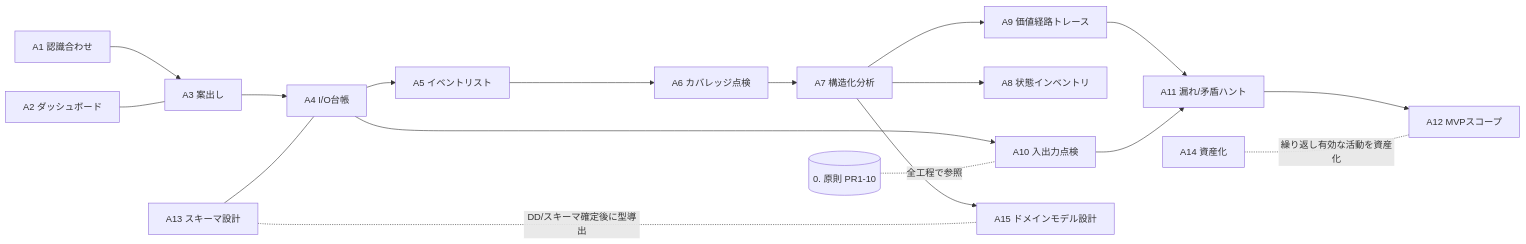
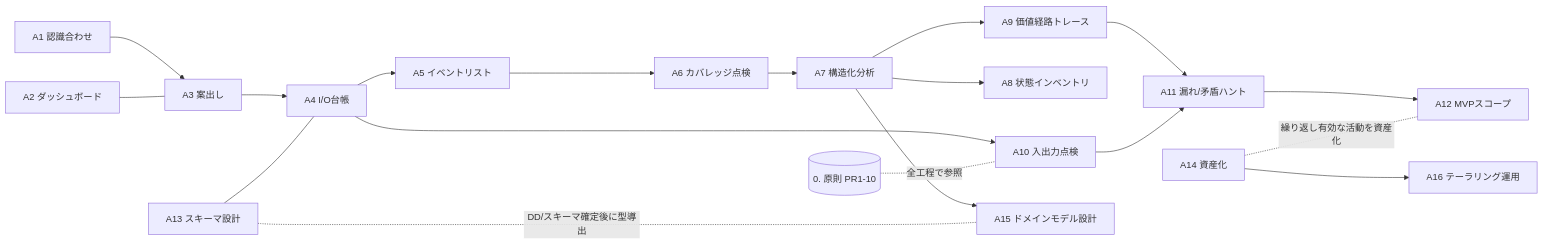
One commit to hiratashinnya/review-system changed the diagram in docs/methods/method-inventory.md. Above: the diagram before and after it, drawn with Mermaid. The commit also changed other lines of this file and 9 other files, not shown here.

````diff
--- a/docs/methods/method-inventory.md
+++ b/docs/methods/method-inventory.md
@@ -165,20 +173,21 @@
 ```mermaid
 flowchart LR
   A1[A1 認識合わせ] --> A3[A3 案出し]
   A2[A2 ダッシュボード] --- A3
   A3 --> A4[A4 I/O台帳]
   A4 --> A5[A5 イベントリスト]
   A5 --> A6[A6 カバレッジ点検]
   A4 --> A10[A10 入出力点検]
   A6 --> A7[A7 構造化分析]
   A7 --> A8[A8 状態インベントリ]
   A7 --> A9[A9 価値経路トレース]
   A9 --> A11[A11 漏れ/矛盾ハント]
   A10 --> A11
   A11 --> A12[A12 MVPスコープ]
   A13[A13 スキーマ設計] --- A4
   A7 --> A15[A15 ドメインモデル設計]
   A13 -.DD/スキーマ確定後に型導出.- A15
   A14[A14 資産化] -.繰り返し有効な活動を資産化.- A12
+  A14 --> A16[A16 テーラリング運用]
   PR[(0. 原則 PR1-10)] -.全工程で参照.- A10
 ```
````
